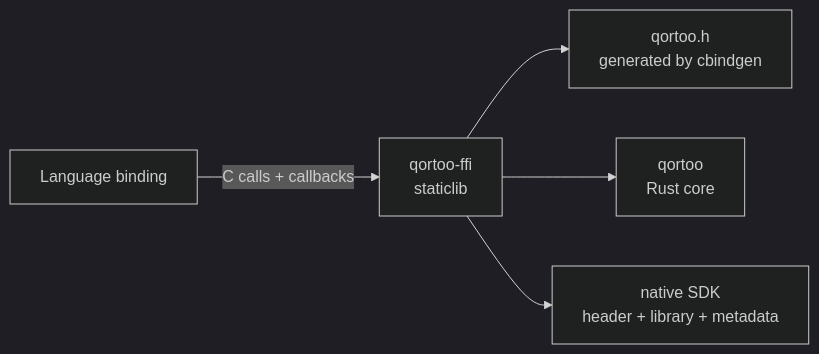
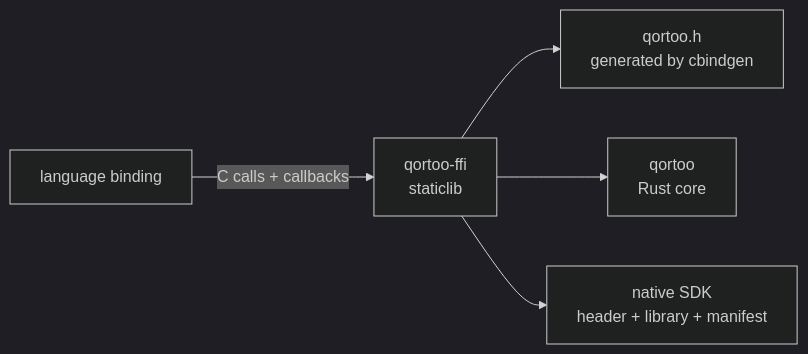
The diagram in docs/go-binding.md (qortoo/qortoo-rs), drawn with Mermaid (dark theme) before and after one commit. The commit also changed other lines of this file and 14 other files, not shown here.

````diff
--- a/docs/go-binding.md
+++ b/docs/go-binding.md
@@ -10,7 +22,7 @@
 ```mermaid
-graph LR
-  Binding["Language binding"] -->|"C calls + callbacks"| FFI["qortoo-ffi<br/>staticlib"]
-  FFI --> Header["qortoo.h<br/>generated by cbindgen"]
-  FFI --> Core["qortoo<br/>Rust core"]
-  FFI --> SDK["native SDK<br/>header + library + metadata"]
+flowchart LR
+    Binding["language binding"] -->|"C calls + callbacks"| FFI["qortoo-ffi<br/>staticlib"]
+    FFI --> Header["qortoo.h<br/>generated by cbindgen"]
+    FFI --> Core["qortoo<br/>Rust core"]
+    FFI --> SDK["native SDK<br/>header + library + manifest"]
 ```
````
